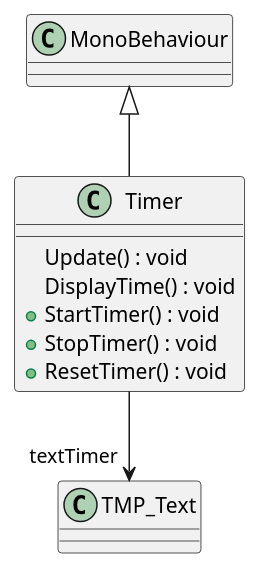
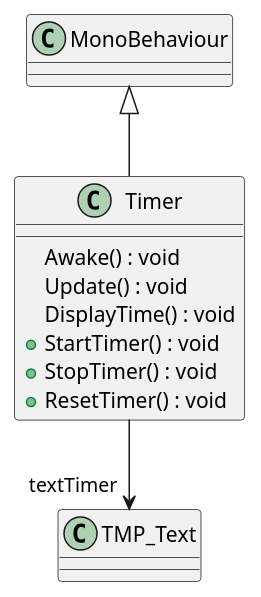
One commit to 2314577483/Vampire-Hunter changed the diagram in UML/Assets/Scripts/Timer.puml. Above: the diagram before and after it, drawn with PlantUML. The commit also changed 13 other files, not shown here.

Commit message:
Generate UML (Generate UML)

```diff
--- a/UML/Assets/Scripts/Timer.puml
+++ b/UML/Assets/Scripts/Timer.puml
@@ -1,11 +1,12 @@
 @startuml
 class Timer {
+    Awake() : void
     Update() : void
     DisplayTime() : void
     + StartTimer() : void
     + StopTimer() : void
     + ResetTimer() : void
 }
 MonoBehaviour <|-- Timer
 Timer --> "textTimer" TMP_Text
 @enduml
```
